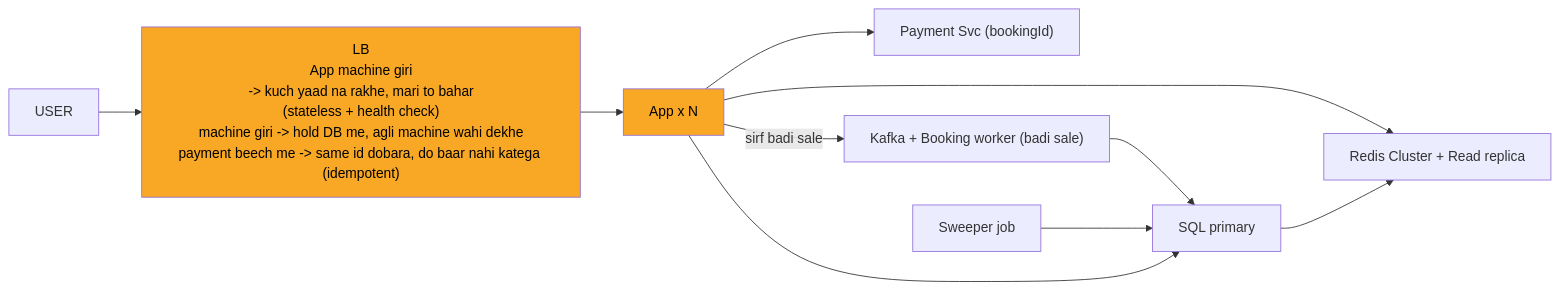
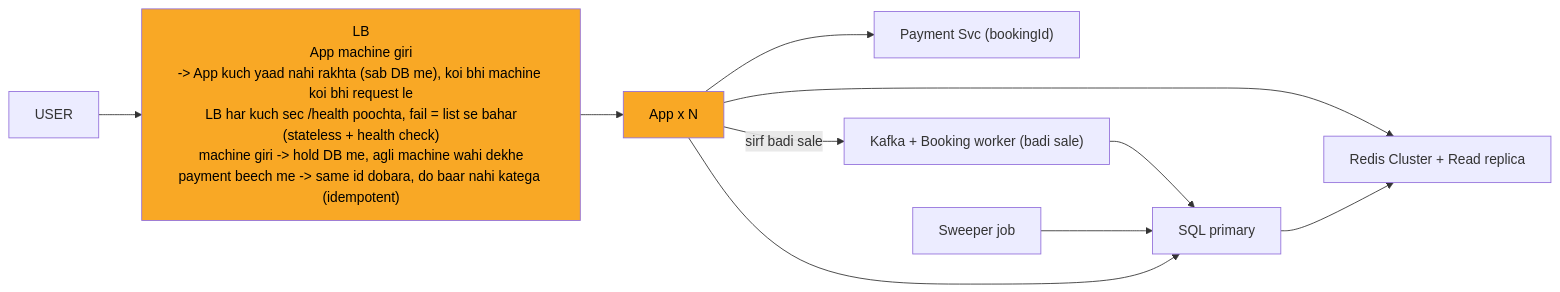
Before and after one commit to ArpanMaheshwari144/Prep: the eighth of 9 diagrams in 04_HLD/SYSTEM_DESIGNS/09_bookmyshow/09_bookmyshow_INTERVIEW.md, drawn with Mermaid. The commit also changed other lines of this file and 13 other files, not shown here.

````diff
--- a/04_HLD/SYSTEM_DESIGNS/09_bookmyshow/09_bookmyshow_INTERVIEW.md
+++ b/04_HLD/SYSTEM_DESIGNS/09_bookmyshow/09_bookmyshow_INTERVIEW.md
@@ -305,23 +304,23 @@
 ```mermaid
 %%{init: {"flowchart": {"wrappingWidth": 450}}}%%
 flowchart LR
     n_USER["USER"]
-    n_LB["LB<br/>App machine giri<br/>-> kuch yaad na rakhe, mari to bahar<br/>(stateless + health check)<br/>machine giri -> hold DB me, agli machine wahi dekhe<br/>payment beech me -> same id dobara, do baar nahi katega (idempotent)"]
+    n_LB["LB<br/>App machine giri<br/>-> App kuch yaad nahi rakhta (sab DB me), koi bhi machine koi bhi request le<br/>LB har kuch sec /health poochta, fail = list se bahar<br/>(stateless + health check)<br/>machine giri -> hold DB me, agli machine wahi dekhe<br/>payment beech me -> same id dobara, do baar nahi katega (idempotent)"]
     n_App_xN["App x N"]
     n_Payment_Svc["Payment Svc (bookingId)"]
     n_RRR["Redis Cluster + Read replica"]
     n_KB["Kafka + Booking worker (badi sale)"]
     n_SQL_primary["SQL primary"]
     n_Sweeper_job["Sweeper job"]
     n_USER --> n_LB
     n_LB --> n_App_xN
     n_App_xN --> n_Payment_Svc
     n_App_xN --> n_RRR
     n_App_xN -->|sirf badi sale| n_KB
     n_KB --> n_SQL_primary
     n_Sweeper_job --> n_SQL_primary
     n_App_xN --> n_SQL_primary
     n_SQL_primary --> n_RRR
     style n_LB fill:#f9a825,color:#000
     style n_App_xN fill:#f9a825,color:#000
 ```
````
